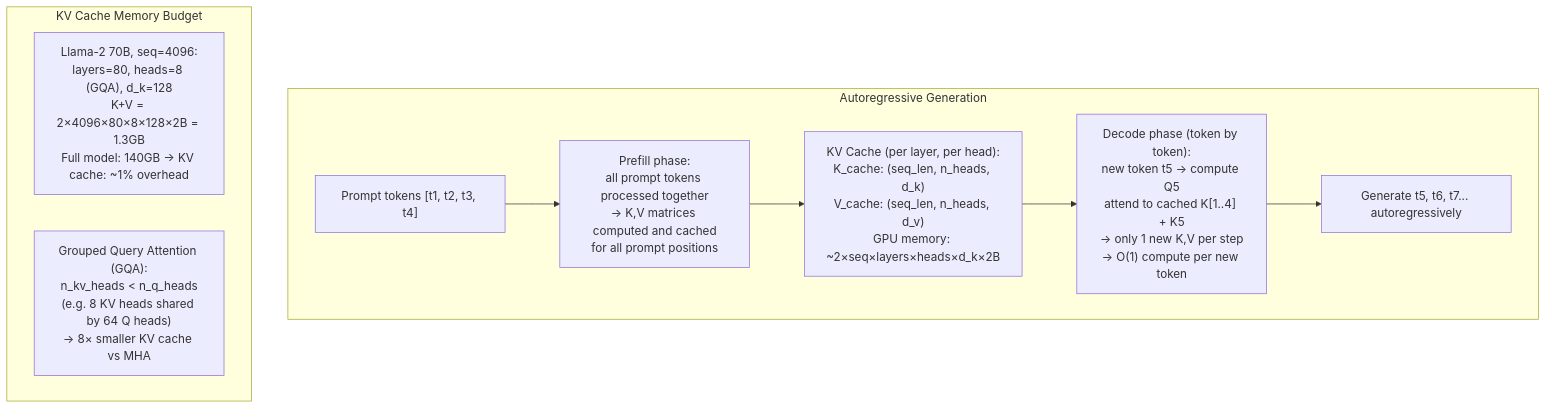
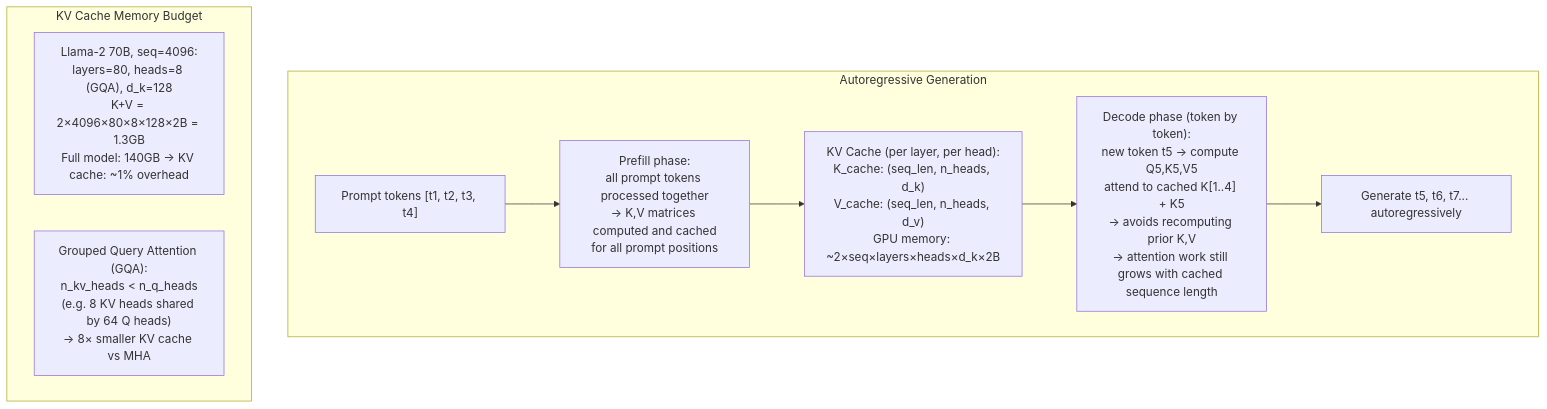
Before and after one commit to choisimo/document: diagram 11 of 24 in content/docs/books/cs-reference/ko/ml-ai-internals.md, drawn with Mermaid. The commit also changed other lines of this file and 504 other files, not shown here.

````diff
--- a/content/docs/books/cs-reference/ko/ml-ai-internals.md
+++ b/content/docs/books/cs-reference/ko/ml-ai-internals.md
@@ -244,16 +246,16 @@
 ```mermaid
 flowchart TD
     subgraph "Autoregressive Generation"
         Prompt["Prompt tokens [t1, t2, t3, t4]"]
         Prefill["Prefill phase:\nall prompt tokens processed together\n→ K,V matrices computed and cached\nfor all prompt positions"]
         KVCache["KV Cache (per layer, per head):\nK_cache: (seq_len, n_heads, d_k)\nV_cache: (seq_len, n_heads, d_v)\nGPU memory: ~2×seq×layers×heads×d_k×2B"]
-        Decode["Decode phase (token by token):\nnew token t5 → compute Q5\nattend to cached K[1..4] + K5\n→ only 1 new K,V per step\n→ O(1) compute per new token"]
+        Decode["Decode phase (token by token):\nnew token t5 → compute Q5,K5,V5\nattend to cached K[1..4] + K5\n→ avoids recomputing prior K,V\n→ attention work still grows with cached sequence length"]
         Next["Generate t5, t6, t7... autoregressively"]
     end
     Prompt --> Prefill --> KVCache --> Decode --> Next
 
     subgraph "KV Cache Memory Budget"
         Budget["Llama-2 70B, seq=4096:\nlayers=80, heads=8 (GQA), d_k=128\nK+V = 2×4096×80×8×128×2B = 1.3GB\nFull model: 140GB → KV cache: ~1% overhead"]
         GQA["Grouped Query Attention (GQA):\nn_kv_heads < n_q_heads\n(e.g. 8 KV heads shared by 64 Q heads)\n→ 8× smaller KV cache vs MHA"]
     end
 ```
````
